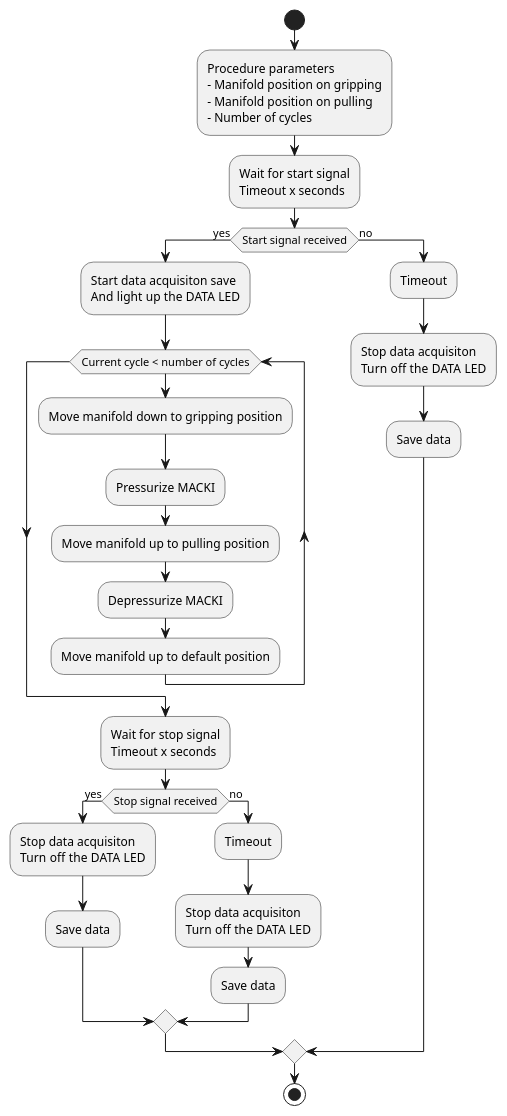
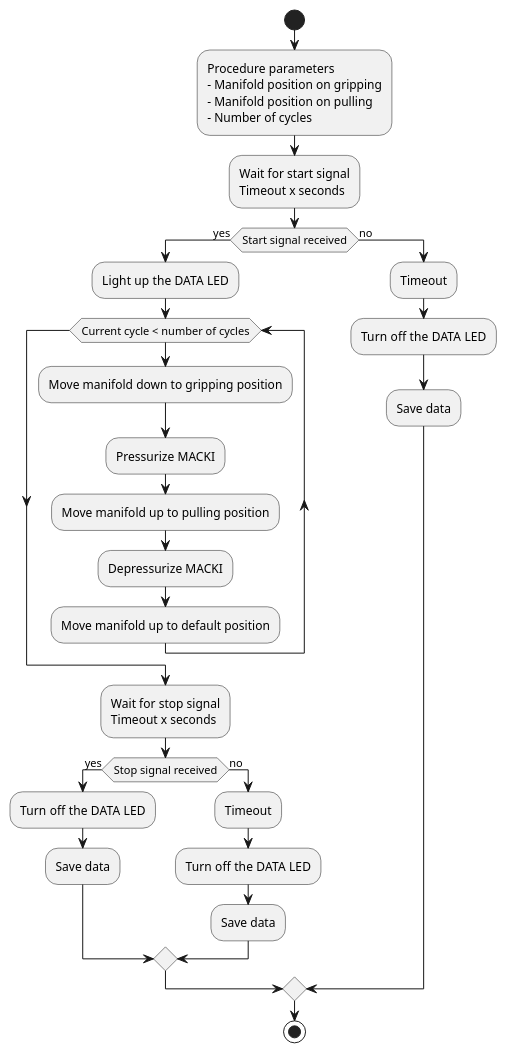
Before and after one commit to PWrInSpace/MACKI_mainboard: the diagram in docs/Main_grab_test_execute_procedure.puml, drawn with PlantUML. The commit also changed 1 other file, not shown here.

```diff
--- a/docs/Main_grab_test_execute_procedure.puml
+++ b/docs/Main_grab_test_execute_procedure.puml
@@ -1,49 +1,45 @@
 @startuml Main_grab_test_execute_procedure
 
 start
 
 :Procedure parameters
 - Manifold position on gripping
 - Manifold position on pulling
 - Number of cycles ;
 
 :Wait for start signal
 Timeout x seconds;
 
 if (Start signal received) then (yes)
-  :Start data acquisiton save
-  And light up the DATA LED;
+  :Light up the DATA LED;
 
   
   while (Current cycle < number of cycles)
     :Move manifold down to gripping position;
     :Pressurize MACKI;
     :Move manifold up to pulling position;
     :Depressurize MACKI;
     :Move manifold up to default position;
     endwhile
 
   :Wait for stop signal
   Timeout x seconds;
   if (Stop signal received) then (yes)
-    :Stop data acquisiton
-    Turn off the DATA LED;
+    :Turn off the DATA LED;
     :Save data;
   else (no)
     :Timeout;
-    :Stop data acquisiton
-    Turn off the DATA LED;
+    :Turn off the DATA LED;
     :Save data;
   endif
   
 else (no)
   :Timeout;
-  :Stop data acquisiton
-  Turn off the DATA LED;
+  :Turn off the DATA LED;
   :Save data;
 endif
 
 
 stop
 
 @end uml
```
